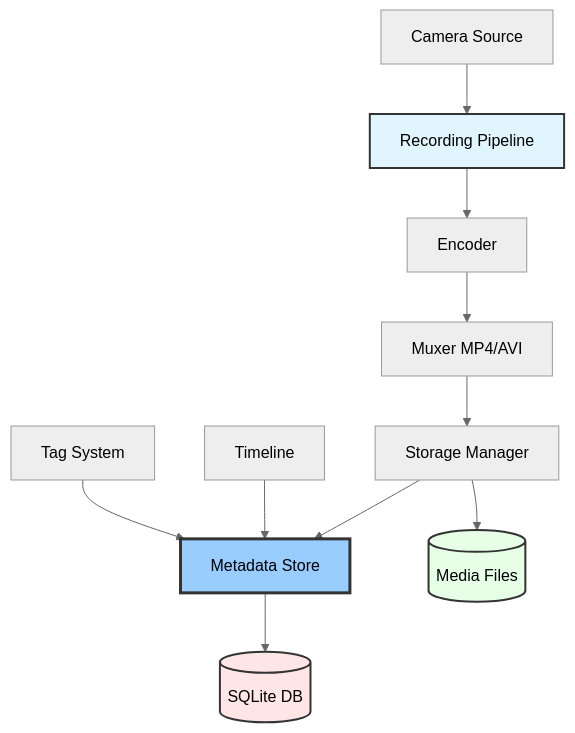
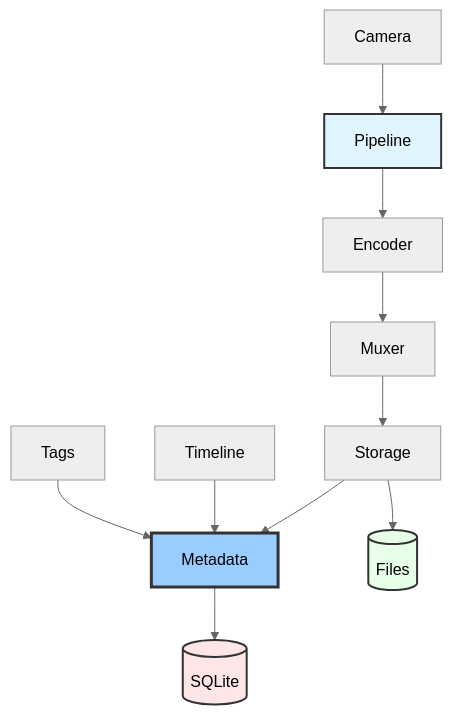
The diagram in docs/camera/recording.md (JayeshKakkad-Rotoclear/Rotoclear-C-Pro-Docs), drawn with Mermaid (neutral theme) before and after one commit. The commit also changed 16 other files, not shown here.

Commit message:
Fix Mermaid diagram text overflow issues - Simplified all node labels to prevent text cutoff - Removed line breaks from node text - Shortened labels while maintaining clarity - Fixed all diagrams to display properly on website

````diff
--- a/docs/camera/recording.md
+++ b/docs/camera/recording.md
@@ -9,19 +9,19 @@
 ```mermaid
 graph TB
-    Camera[Camera Source] --> Pipeline[Recording Pipeline]
+    Camera[Camera] --> Pipeline[Pipeline]
     Pipeline --> Encoder[Encoder]
-    Encoder --> Muxer[Muxer MP4/AVI]
-    Muxer --> Storage[Storage Manager]
+    Encoder --> Muxer[Muxer]
+    Muxer --> Storage[Storage]
     
-    Tags[Tag System] --> Metadata[Metadata Store]
+    Tags[Tags] --> Metadata[Metadata]
     Timeline[Timeline] --> Metadata
     Storage --> Metadata
     
-    Metadata --> SQLite[(SQLite DB)]
-    Storage --> Files[(Media Files)]
+    Metadata --> SQLite[(SQLite)]
+    Storage --> Files[(Files)]
     
     style Pipeline fill:#e1f5ff,stroke:#333,stroke-width:2px
     style Metadata fill:#99ccff,stroke:#333,stroke-width:3px
     style SQLite fill:#ffe6e6,stroke:#333,stroke-width:2px
     style Files fill:#e6ffe6,stroke:#333,stroke-width:2px
 ```
````
